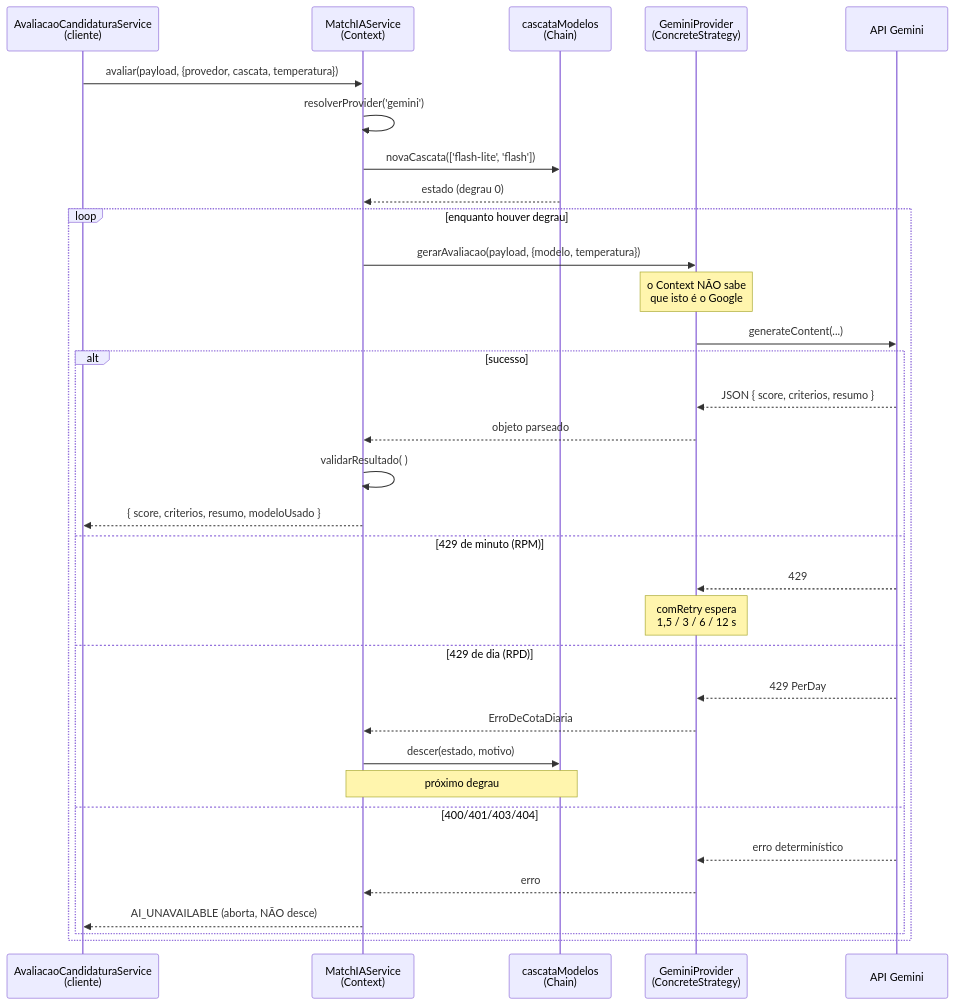
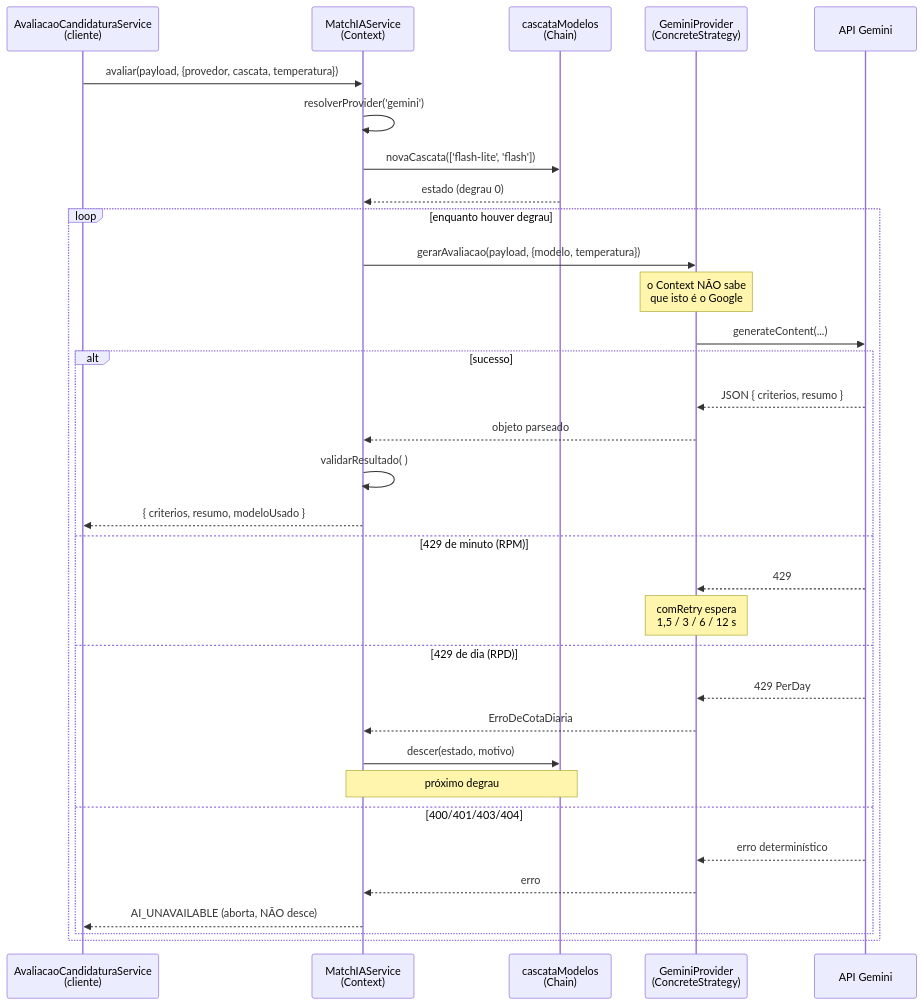
One commit to Lucca-Livino/match_candidatos_api changed the fifth of 8 diagrams in docs/padroes/strategy-avaliacao-ia.md. Above: the diagram before and after it, drawn with Mermaid. The commit also changed 5 other files, not shown here.

````diff
--- a/docs/padroes/strategy-avaliacao-ia.md
+++ b/docs/padroes/strategy-avaliacao-ia.md
@@ -297,38 +297,38 @@
 ```mermaid
 sequenceDiagram
     participant Cli as AvaliacaoCandidaturaService<br/>(cliente)
     participant Ctx as MatchIAService<br/>(Context)
     participant Cas as cascataModelos<br/>(Chain)
     participant Str as GeminiProvider<br/>(ConcreteStrategy)
     participant API as API Gemini
 
     Cli->>Ctx: avaliar(payload, {provedor, cascata, temperatura})
     Ctx->>Ctx: resolverProvider('gemini')
     Ctx->>Cas: novaCascata(['flash-lite', 'flash'])
     Cas-->>Ctx: estado (degrau 0)
 
     loop enquanto houver degrau
         Ctx->>Str: gerarAvaliacao(payload, {modelo, temperatura})
         Note over Str: o Context NÃO sabe<br/>que isto é o Google
         Str->>API: generateContent(...)
 
         alt sucesso
-            API-->>Str: JSON { score, criterios, resumo }
+            API-->>Str: JSON { criterios, resumo }
             Str-->>Ctx: objeto parseado
             Ctx->>Ctx: validarResultado( )
-            Ctx-->>Cli: { score, criterios, resumo, modeloUsado }
+            Ctx-->>Cli: { criterios, resumo, modeloUsado }
         else 429 de minuto (RPM)
             API-->>Str: 429
             Note over Str: comRetry espera<br/>1,5 / 3 / 6 / 12 s
         else 429 de dia (RPD)
             API-->>Str: 429 PerDay
             Str-->>Ctx: ErroDeCotaDiaria
             Ctx->>Cas: descer(estado, motivo)
             Note over Ctx,Cas: próximo degrau
         else 400/401/403/404
             API-->>Str: erro determinístico
             Str-->>Ctx: erro
             Ctx-->>Cli: AI_UNAVAILABLE (aborta, NÃO desce)
         end
     end
 ```
````
